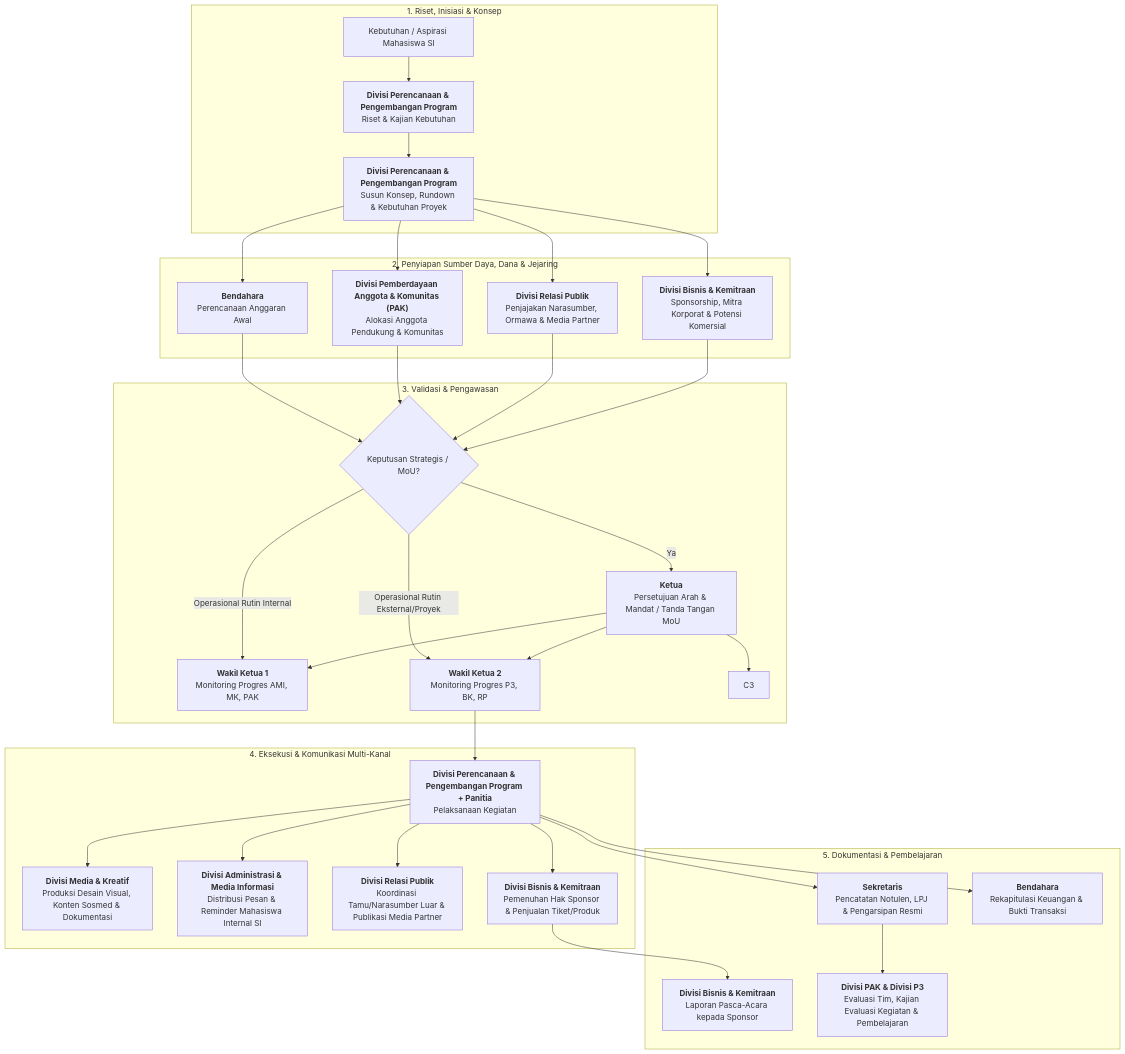
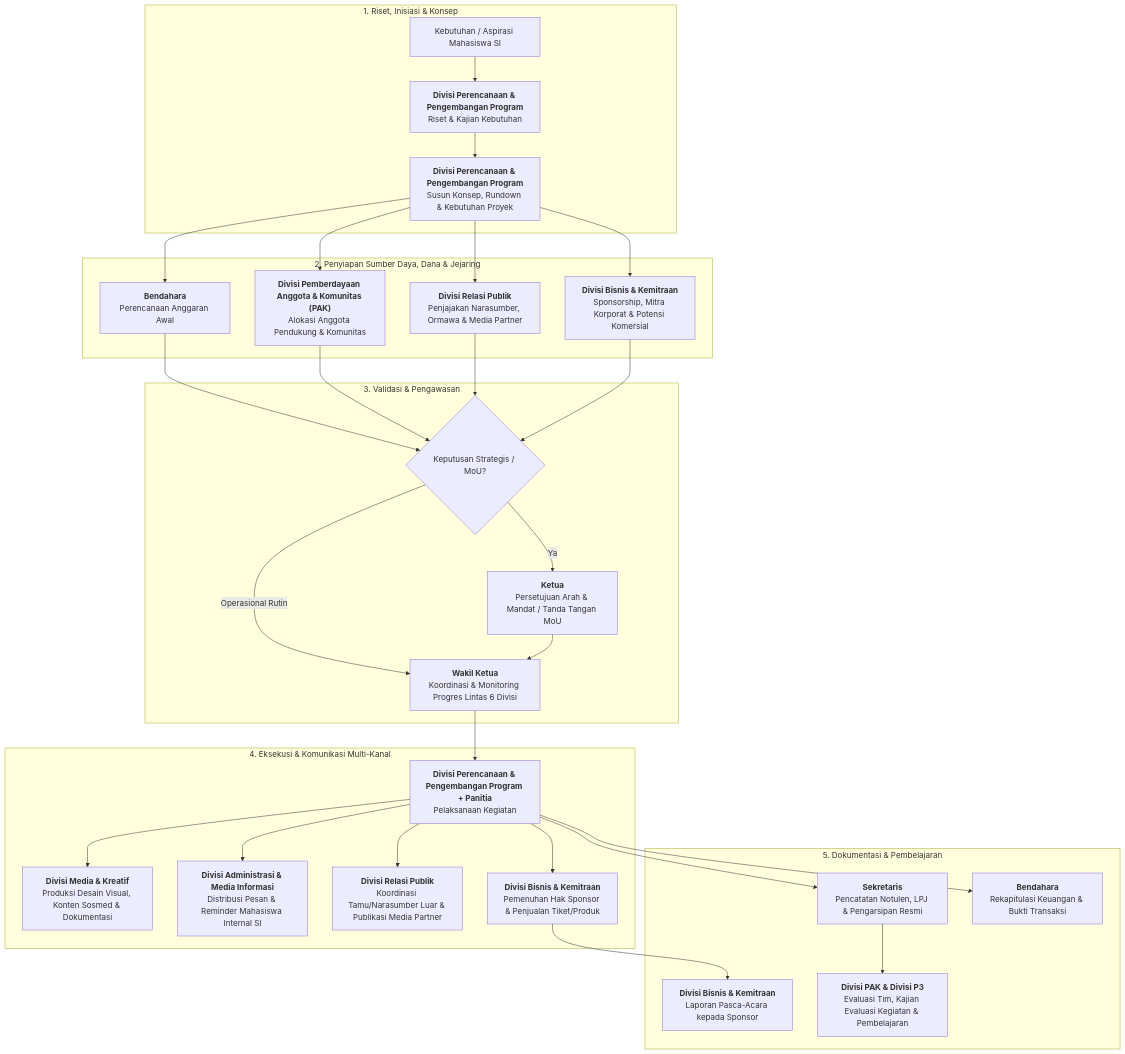
The third of 3 diagrams in structure-and-role.md (himsisfo-unsia/masterplan-2026-2027), drawn with Mermaid before and after one commit. The commit also changed other lines of this file and 1 other file, not shown here.

First line of the commit message:
refactor(structure): sederhanakan susunan pimpinan menjadi 1 wakil ketua

````diff
--- a/structure-and-role.md
+++ b/structure-and-role.md
@@ -557,42 +511,39 @@
 ```mermaid
 flowchart TD
     subgraph Inisiasi["1. Riset, Inisiasi & Konsep"]
         A0["Kebutuhan / Aspirasi Mahasiswa SI"] --> A1["<b>Divisi Perencanaan & Pengembangan Program</b><br/>Riset & Kajian Kebutuhan"]
         A1 --> A2["<b>Divisi Perencanaan & Pengembangan Program</b><br/>Susun Konsep, Rundown & Kebutuhan Proyek"]
     end
 
     subgraph Kesiapan["2. Penyiapan Sumber Daya, Dana & Jejaring"]
         A2 --> B1["<b>Bendahara</b><br/>Perencanaan Anggaran Awal"]
         A2 --> B2["<b>Divisi Pemberdayaan Anggota & Komunitas (PAK)</b><br/>Alokasi Anggota Pendukung & Komunitas"]
         A2 --> B3["<b>Divisi Relasi Publik</b><br/>Penjajakan Narasumber, Ormawa & Media Partner"]
         A2 --> B4["<b>Divisi Bisnis & Kemitraan</b><br/>Sponsorship, Mitra Korporat & Potensi Komersial"]
     end
 
     subgraph Validasi["3. Validasi & Pengawasan"]
         B1 --> C1{"Keputusan Strategis / MoU?"}
         B2 --> C1
         B3 --> C1
         B4 --> C1
         C1 -- "Ya" --> C2["<b>Ketua</b><br/>Persetujuan Arah & Mandat / Tanda Tangan MoU"]
-        C1 -- "Operasional Rutin Internal" --> C3A["<b>Wakil Ketua 1</b><br/>Monitoring Progres AMI, MK, PAK"]
-        C1 -- "Operasional Rutin Eksternal/Proyek" --> C3B["<b>Wakil Ketua 2</b><br/>Monitoring Progres P3, BK, RP"]
-        C2 --> C3A
-        C2 --> C3B
+        C1 -- "Operasional Rutin" --> C3["<b>Wakil Ketua</b><br/>Koordinasi & Monitoring Progres Lintas 6 Divisi"]
         C2 --> C3
     end
 
     subgraph Eksekusi["4. Eksekusi & Komunikasi Multi-Kanal"]
-        C3B --> D1["<b>Divisi Perencanaan & Pengembangan Program + Panitia</b><br/>Pelaksanaan Kegiatan"]
+        C3 --> D1["<b>Divisi Perencanaan & Pengembangan Program + Panitia</b><br/>Pelaksanaan Kegiatan"]
         D1 --> D2["<b>Divisi Media & Kreatif</b><br/>Produksi Desain Visual, Konten Sosmed & Dokumentasi"]
         D1 --> D3["<b>Divisi Administrasi & Media Informasi</b><br/>Distribusi Pesan & Reminder Mahasiswa Internal SI"]
         D1 --> D4["<b>Divisi Relasi Publik</b><br/>Koordinasi Tamu/Narasumber Luar & Publikasi Media Partner"]
         D1 --> D5["<b>Divisi Bisnis & Kemitraan</b><br/>Pemenuhan Hak Sponsor & Penjualan Tiket/Produk"]
     end
 
     subgraph Penutupan["5. Dokumentasi & Pembelajaran"]
         D1 --> E1["<b>Sekretaris</b><br/>Pencatatan Notulen, LPJ & Pengarsipan Resmi"]
         D1 --> E2["<b>Bendahara</b><br/>Rekapitulasi Keuangan & Bukti Transaksi"]
         D5 --> E4["<b>Divisi Bisnis & Kemitraan</b><br/>Laporan Pasca-Acara kepada Sponsor"]
         E1 --> E3["<b>Divisi PAK & Divisi P3</b><br/>Evaluasi Tim, Kajian Evaluasi Kegiatan & Pembelajaran"]
     end
 ```
````
